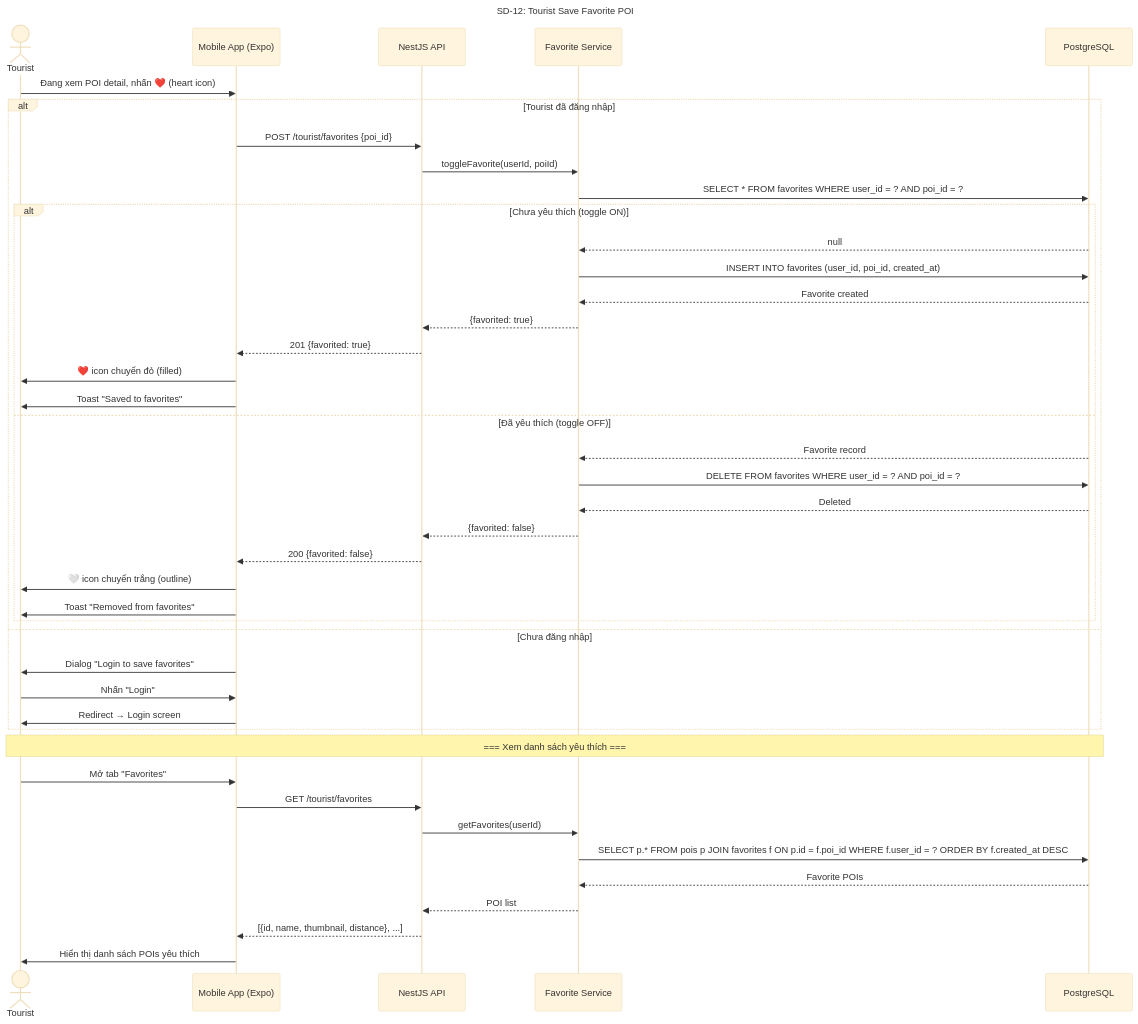
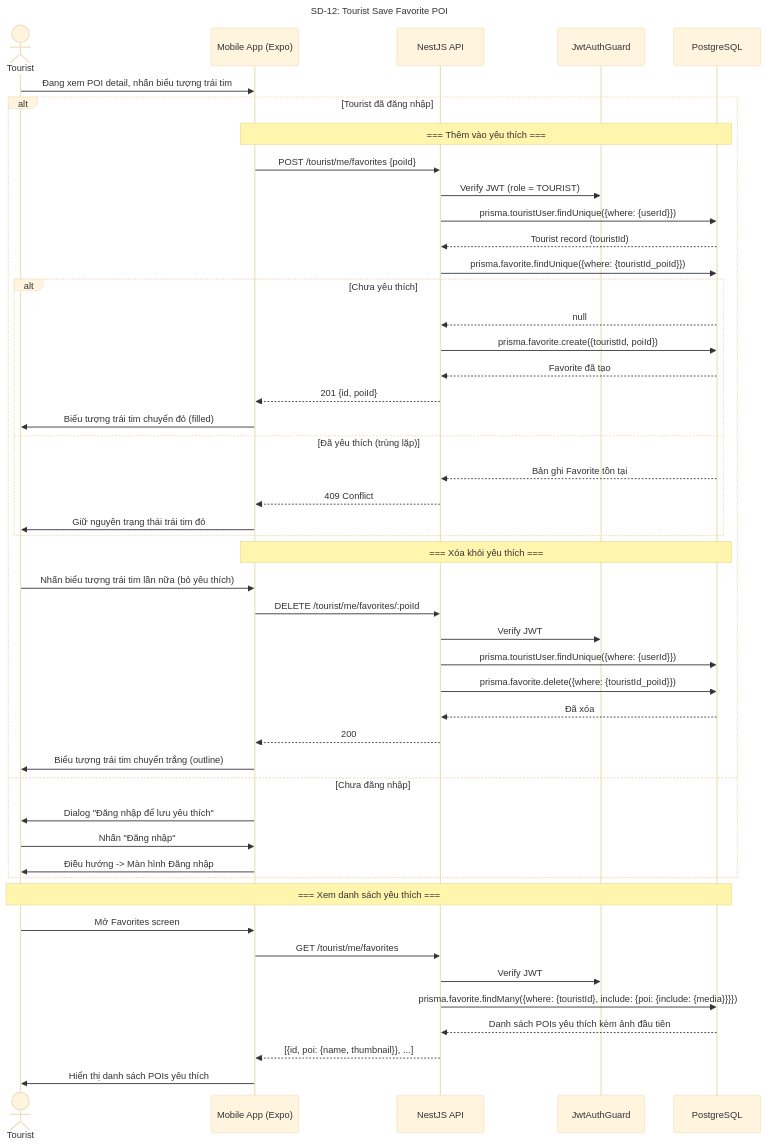
Before and after one commit to Ttuandatt/Seminar: diagram 12 of 28 in docs/step3_prd/15_sequence_diagrams.md, drawn with Mermaid (base theme). The commit also changed other lines of this file and 19 other files, not shown here.

First line of the commit message:
feat(auth): implement forgot/reset password with Brevo email service

````diff
--- a/docs/step3_prd/15_sequence_diagrams.md
+++ b/docs/step3_prd/15_sequence_diagrams.md
@@ -619,49 +673,56 @@
 ```mermaid
 sequenceDiagram
     title SD-12: Tourist Save Favorite POI
     actor Tourist
     participant App as Mobile App (Expo)
     participant API as NestJS API
-    participant Fav as Favorite Service
+    participant Guard as JwtAuthGuard
     participant DB as PostgreSQL
 
-    Tourist->>App: Đang xem POI detail, nhấn ❤️ (heart icon)
-    
+    Tourist->>App: Đang xem POI detail, nhấn biểu tượng trái tim
+
     alt Tourist đã đăng nhập
-        App->>API: POST /tourist/favorites {poi_id}
-        API->>Fav: toggleFavorite(userId, poiId)
-        Fav->>DB: SELECT * FROM favorites WHERE user_id = ? AND poi_id = ?
-        
-        alt Chưa yêu thích (toggle ON)
-            DB-->>Fav: null
-            Fav->>DB: INSERT INTO favorites (user_id, poi_id, created_at)
-            DB-->>Fav: Favorite created
-            Fav-->>API: {favorited: true}
-            API-->>App: 201 {favorited: true}
-            App->>Tourist: ❤️ icon chuyển đỏ (filled)
-            App->>Tourist: Toast "Saved to favorites"
-        else Đã yêu thích (toggle OFF)
-            DB-->>Fav: Favorite record
-            Fav->>DB: DELETE FROM favorites WHERE user_id = ? AND poi_id = ?
-            DB-->>Fav: Deleted
-            Fav-->>API: {favorited: false}
-            API-->>App: 200 {favorited: false}
-            App->>Tourist: 🤍 icon chuyển trắng (outline)
-            App->>Tourist: Toast "Removed from favorites"
+        Note over App, DB: === Thêm vào yêu thích ===
+        App->>API: POST /tourist/me/favorites {poiId}
+        API->>Guard: Verify JWT (role = TOURIST)
+        API->>DB: prisma.touristUser.findUnique({where: {userId}})
+        DB-->>API: Tourist record (touristId)
+        API->>DB: prisma.favorite.findUnique({where: {touristId_poiId}})
+
+        alt Chưa yêu thích
+            DB-->>API: null
+            API->>DB: prisma.favorite.create({touristId, poiId})
+            DB-->>API: Favorite đã tạo
+            API-->>App: 201 {id, poiId}
+            App->>Tourist: Biểu tượng trái tim chuyển đỏ (filled)
+        else Đã yêu thích (trùng lặp)
+            DB-->>API: Bản ghi Favorite tồn tại
+            API-->>App: 409 Conflict
+            App->>Tourist: Giữ nguyên trạng thái trái tim đỏ
         end
+
+        Note over App, DB: === Xóa khỏi yêu thích ===
+        Tourist->>App: Nhấn biểu tượng trái tim lần nữa (bỏ yêu thích)
+        App->>API: DELETE /tourist/me/favorites/:poiId
+        API->>Guard: Verify JWT
+        API->>DB: prisma.touristUser.findUnique({where: {userId}})
+        API->>DB: prisma.favorite.delete({where: {touristId_poiId}})
+        DB-->>API: Đã xóa
+        API-->>App: 200
+        App->>Tourist: Biểu tượng trái tim chuyển trắng (outline)
+
     else Chưa đăng nhập
-        App->>Tourist: Dialog "Login to save favorites"
-        Tourist->>App: Nhấn "Login"
-        App->>Tourist: Redirect → Login screen
+        App->>Tourist: Dialog "Đăng nhập để lưu yêu thích"
+        Tourist->>App: Nhấn "Đăng nhập"
+        App->>Tourist: Điều hướng -> Màn hình Đăng nhập
     end
 
     Note over Tourist, DB: === Xem danh sách yêu thích ===
-    Tourist->>App: Mở tab "Favorites"
-    App->>API: GET /tourist/favorites
-    API->>Fav: getFavorites(userId)
-    Fav->>DB: SELECT p.* FROM pois p JOIN favorites f ON p.id = f.poi_id WHERE f.user_id = ? ORDER BY f.created_at DESC
-    DB-->>Fav: Favorite POIs
-    Fav-->>API: POI list
-    API-->>App: [{id, name, thumbnail, distance}, ...]
+    Tourist->>App: Mở Favorites screen
+    App->>API: GET /tourist/me/favorites
+    API->>Guard: Verify JWT
+    API->>DB: prisma.favorite.findMany({where: {touristId}, include: {poi: {include: {media}}}})
+    DB-->>API: Danh sách POIs yêu thích kèm ảnh đầu tiên
+    API-->>App: [{id, poi: {name, thumbnail}}, ...]
     App->>Tourist: Hiển thị danh sách POIs yêu thích
 ```
````
